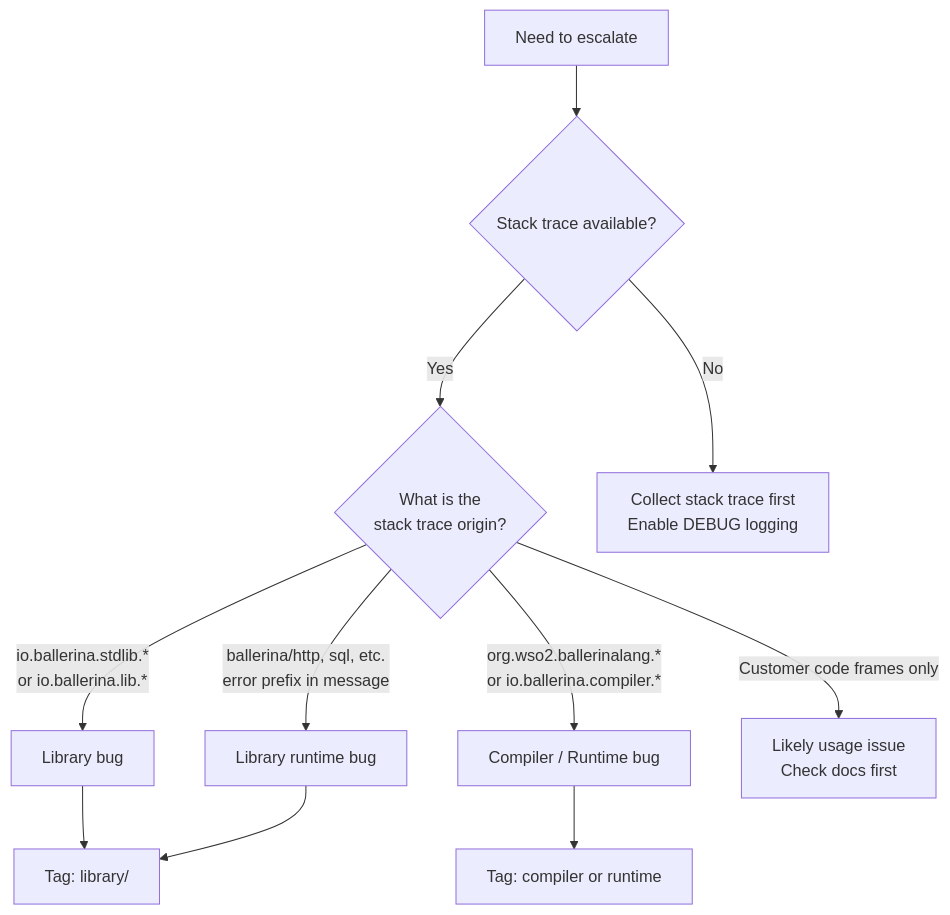
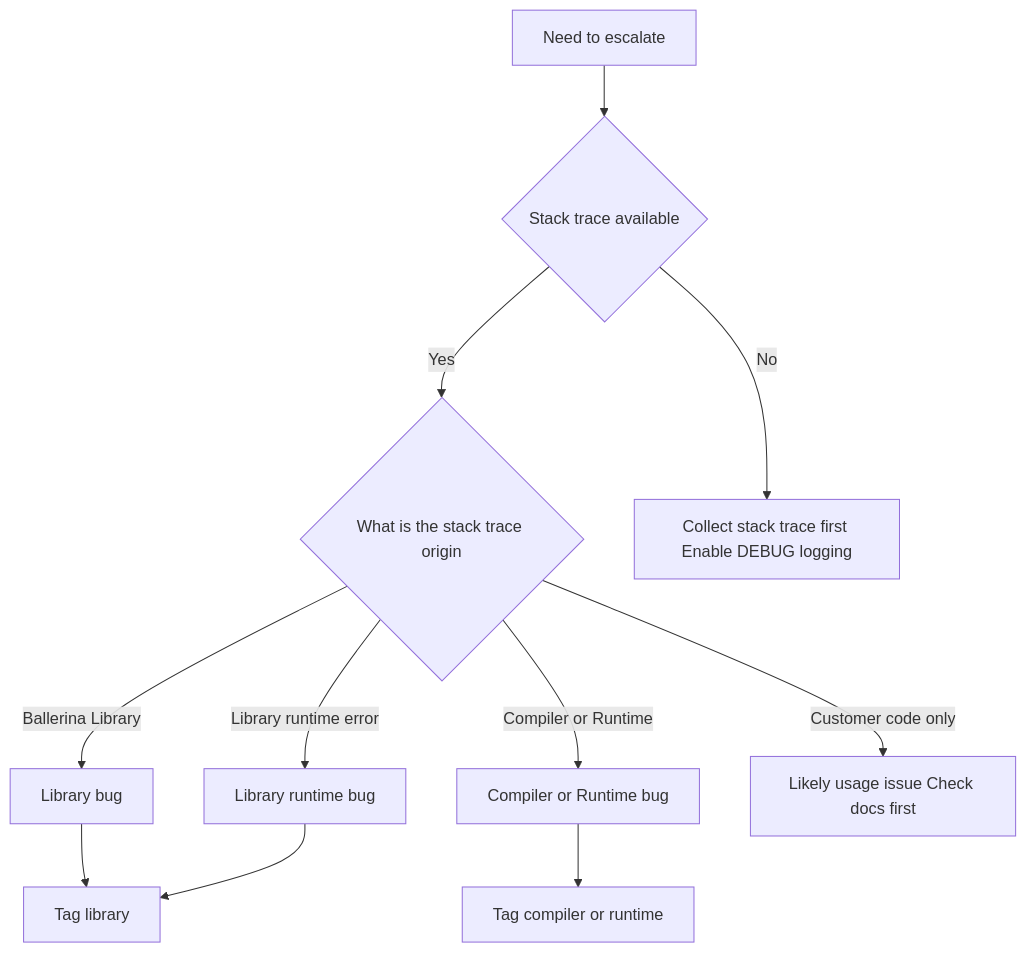
One commit to wso2/docs-bi changed the fifth of 5 diagrams in en/docs/references/ballerina-troubleshooting-guide.md. Above: the diagram before and after it, drawn with Mermaid. The commit also changed other lines of this file and 2 other files, not shown here.

Commit message:
Enable Mermaid diagram rendering with custom initialization script and update troubleshooting guide diagrams

````diff
--- a/en/docs/references/ballerina-troubleshooting-guide.md
+++ b/en/docs/references/ballerina-troubleshooting-guide.md
@@ -2488,15 +2488,15 @@
 ```mermaid
 flowchart TD
-    A[Need to escalate] --> B{Stack trace available?}
-    B -->|Yes| C{What is the\nstack trace origin?}
-    B -->|No| D[Collect stack trace first\nEnable DEBUG logging]
+    A["Need to escalate"] --> B{"Stack trace available"}
+    B -->|"Yes"| C{"What is the stack trace origin"}
+    B -->|"No"| D["Collect stack trace first Enable DEBUG logging"]
 
-    C -->|io.ballerina.stdlib.*\nor io.ballerina.lib.*| E[Library bug]
-    C -->|org.wso2.ballerinalang.*\nor io.ballerina.compiler.*| F[Compiler / Runtime bug]
-    C -->|ballerina/http, sql, etc.\nerror prefix in message| G[Library runtime bug]
-    C -->|Customer code frames only| H[Likely usage issue\nCheck docs first]
+    C -->|"Ballerina Library"| E["Library bug"]
+    C -->|"Compiler or Runtime"| F["Compiler or Runtime bug"]
+    C -->|"Library runtime error"| G["Library runtime bug"]
+    C -->|"Customer code only"| H["Likely usage issue Check docs first"]
 
-    E --> I[Tag: library/<module-name>]
-    F --> J[Tag: compiler or runtime]
+    E --> I["Tag library"]
+    F --> J["Tag compiler or runtime"]
     G --> I
 ```
````
